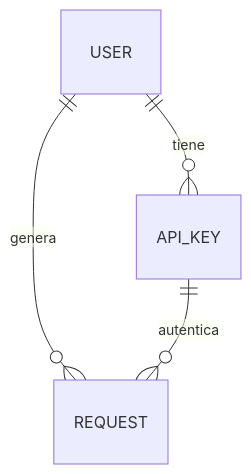
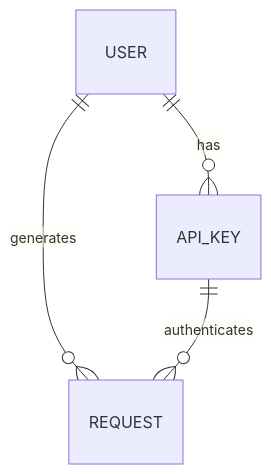
One commit to elisaul77/Orquestacion_Agentes_claude changed the fifth of 7 diagrams in skills/arquitec-dev-ia/assets/catalogo_mermaid.md. Above: the diagram before and after it, drawn with Mermaid. The commit also changed other lines of this file and 14 other files, not shown here.

````diff
--- a/skills/arquitec-dev-ia/assets/catalogo_mermaid.md
+++ b/skills/arquitec-dev-ia/assets/catalogo_mermaid.md
@@ -71,6 +71,6 @@
 ```mermaid
 erDiagram
-    USER ||--o{ API_KEY : tiene
-    USER ||--o{ REQUEST : genera
-    API_KEY ||--o{ REQUEST : autentica
+    USER ||--o{ API_KEY : has
+    USER ||--o{ REQUEST : generates
+    API_KEY ||--o{ REQUEST : authenticates
 ```
````
